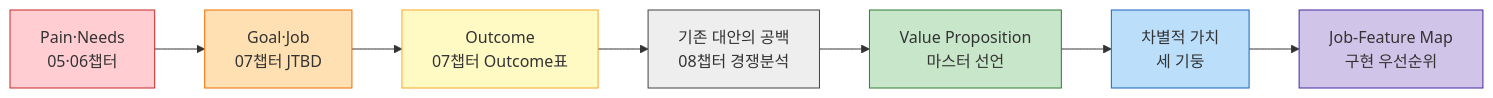
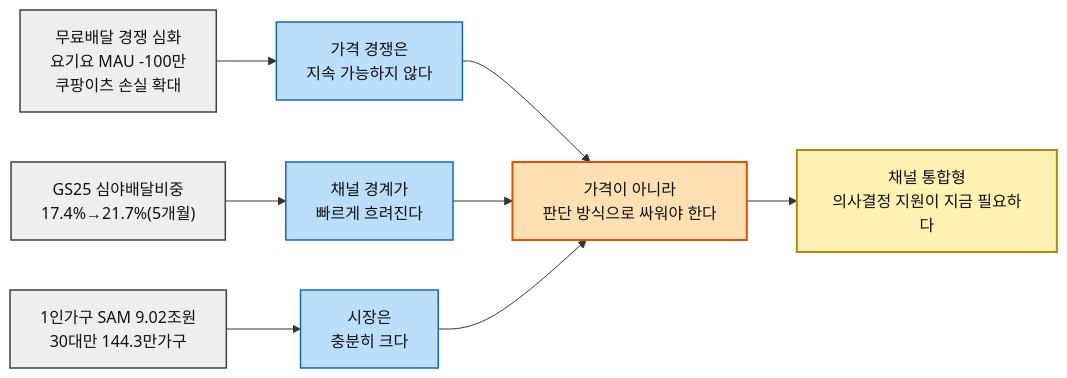
The second of 3 diagrams in 09.value-proposition/1인가구한끼해결-가치제안/01-Value-Proposition-통합문서.md (soobworks/business-research-practice), drawn with Mermaid before and after one commit. The commit also changed other lines of this file, not shown here.

````diff
--- a/09.value-proposition/1인가구한끼해결-가치제안/01-Value-Proposition-통합문서.md
+++ b/09.value-proposition/1인가구한끼해결-가치제안/01-Value-Proposition-통합문서.md
@@ -7,17 +180,14 @@
 ```mermaid
 flowchart LR
-    A["Pain·Needs<br>05·06챕터"] --> B["Goal·Job<br>07챕터 JTBD"]
-    B --> C["Outcome<br>07챕터 Outcome표"]
-    C --> D["기존 대안의 공백<br>08챕터 경쟁분석"]
-    D --> E["Value Proposition<br>마스터 선언"]
-    E --> F["차별적 가치<br>세 기둥"]
-    F --> G["Job-Feature Map<br>구현 우선순위"]
-
-    style A fill:#FFCDD2,stroke:#C62828
-    style B fill:#FFE0B2,stroke:#EF6C00
-    style C fill:#FFF9C4,stroke:#F9A825
-    style D fill:#EEEEEE,stroke:#424242
-    style E fill:#C8E6C9,stroke:#2E7D32
-    style F fill:#BBDEFB,stroke:#1565C0
-    style G fill:#D1C4E9,stroke:#4527A0
+    E1["무료배달 경쟁 심화<br>요기요 MAU -100만<br>쿠팡이츠 손실 확대"]:::e --> C1["가격 경쟁은<br>지속 가능하지 않다"]:::c
+    E2["GS25 심야배달비중<br>17.4%→21.7%(5개월)"]:::e --> C2["채널 경계가<br>빠르게 흐려진다"]:::c
+    E3["1인가구 SAM 9.02조원<br>30대만 144.3만가구"]:::e --> C3["시장은<br>충분히 크다"]:::c
+    C1 --> X["가격이 아니라<br>판단 방식으로 싸워야 한다"]:::x
+    C2 --> X
+    C3 --> X
+    X --> A["채널 통합형<br>의사결정 지원이 지금 필요하다"]:::a
+    classDef e fill:#EEEEEE,stroke:#424242,stroke-width:1.5px,color:#111;
+    classDef c fill:#BBDEFB,stroke:#1565C0,stroke-width:1.5px,color:#111;
+    classDef x fill:#FFE0B2,stroke:#E65100,stroke-width:2px,color:#111;
+    classDef a fill:#FFF2B2,stroke:#B8860B,stroke-width:2px,color:#111;
 ```
````
